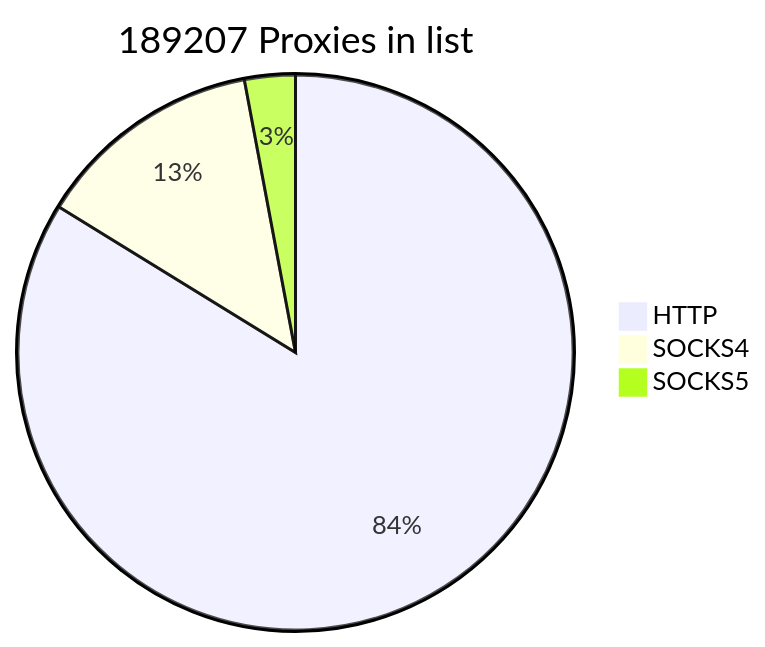
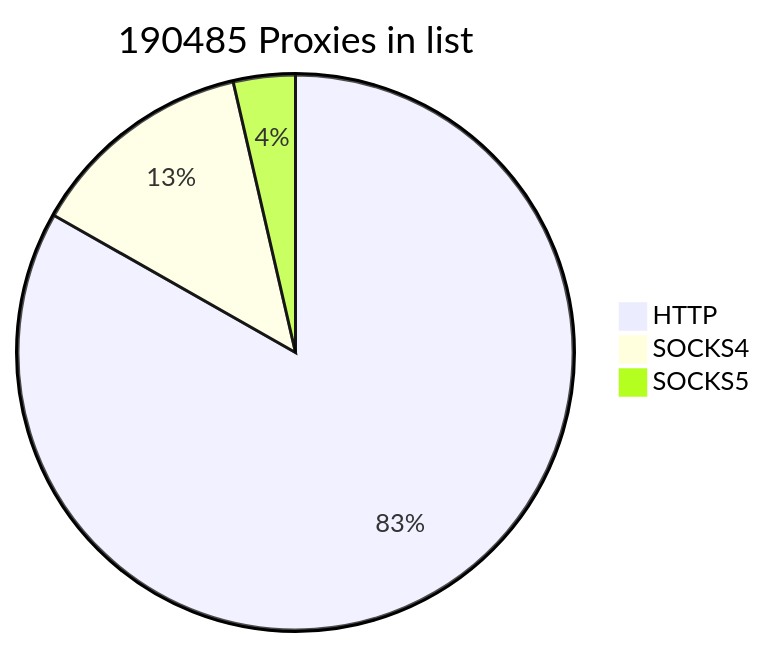
One commit to cutipu/proxylist changed the first of 2 diagrams in README.md. Above: the diagram before and after it, drawn with Mermaid. The commit also changed other lines of this file, not shown here.

````diff
--- a/README.md
+++ b/README.md
@@ -2,7 +2,7 @@
 ```mermaid
-pie title 189207 Proxies in list
-    "HTTP" : 158521
+pie title 190485 Proxies in list
+    "HTTP" : 158523
     "SOCKS4" : 25101
-    "SOCKS5" : 5585
+    "SOCKS5" : 6861
             
 ```
````
